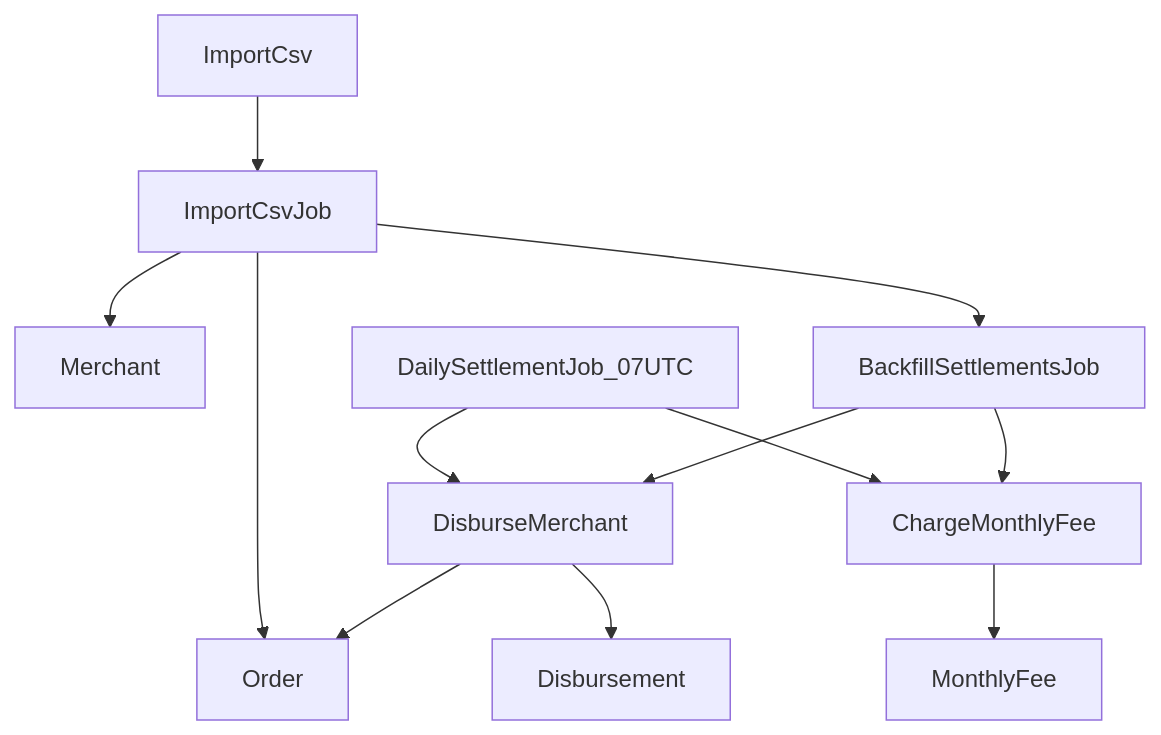
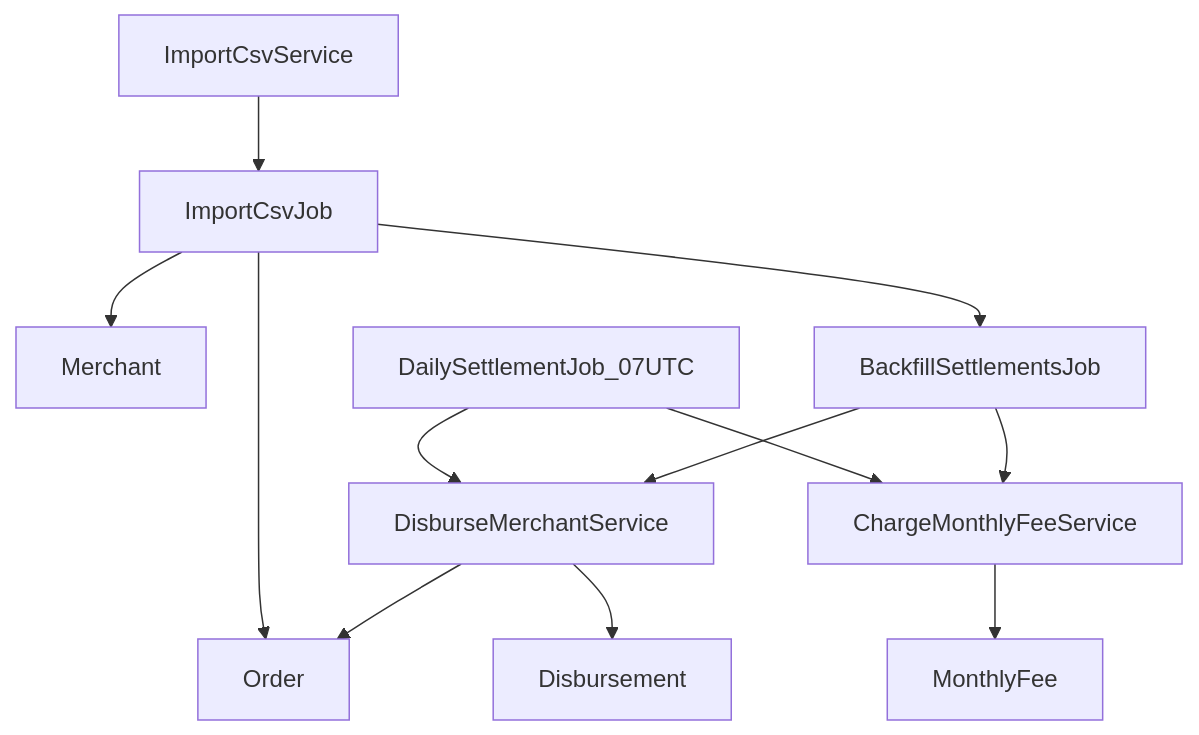
Before and after one commit to rafael-pissardo/lagom: the diagram in docs/planning.md, drawn with Mermaid. The commit also changed 35 other files, not shown here.

````diff
--- a/docs/planning.md
+++ b/docs/planning.md
@@ -60,14 +60,14 @@
 ```mermaid
 flowchart TD
-  upload[ImportCsv] --> importJob[ImportCsvJob]
+  upload[ImportCsvService] --> importJob[ImportCsvJob]
   importJob --> merchants[Merchant]
   importJob --> orders[Order]
   importJob --> backfill[BackfillSettlementsJob]
-  cron[DailySettlementJob_07UTC] --> disburse[DisburseMerchant]
-  cron --> monthly[ChargeMonthlyFee]
+  cron[DailySettlementJob_07UTC] --> disburse[DisburseMerchantService]
+  cron --> monthly[ChargeMonthlyFeeService]
   backfill --> disburse
   backfill --> monthly
   disburse --> disbursements[Disbursement]
   disburse --> orders
   monthly --> fees[MonthlyFee]
 ```
````
